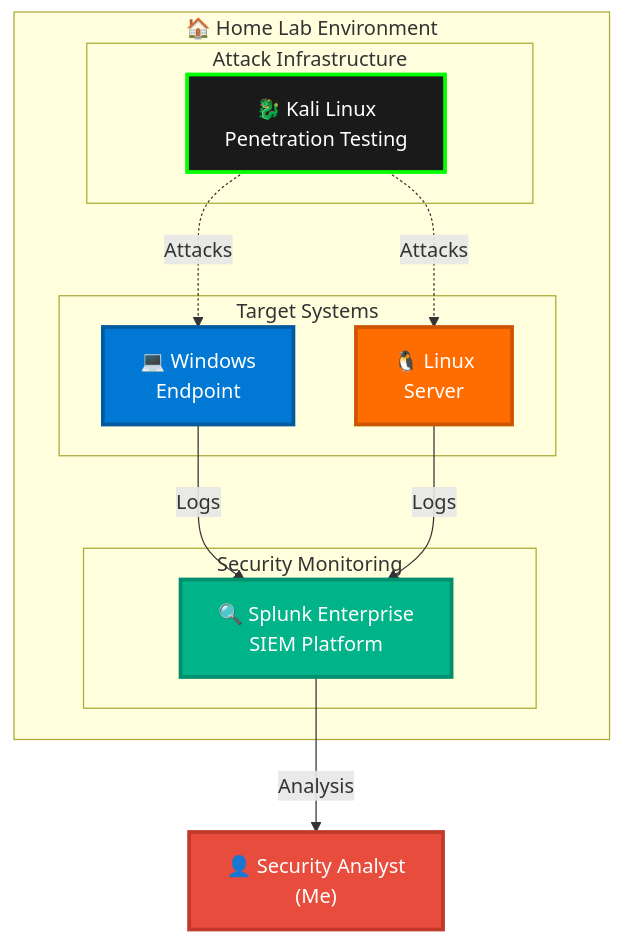
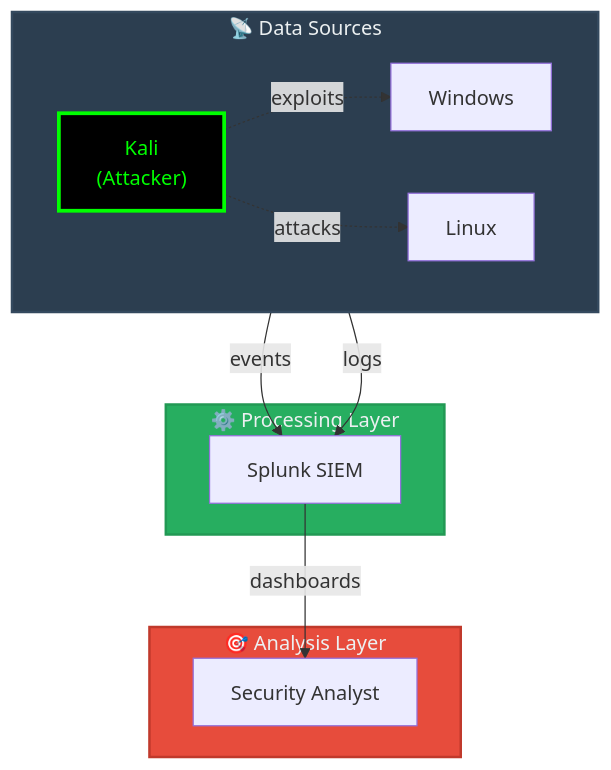
The diagram in README.md (0xMart/Homelab-SOC), drawn with Mermaid before and after one commit.

````diff
--- a/README.md
+++ b/README.md
@@ -5,29 +5,30 @@
 ```mermaid
-graph TB
-    subgraph lab["🏠 Home Lab Environment"]
-        subgraph attack["Attack Infrastructure"]
-            kali["🐉 Kali Linux<br/>Penetration Testing"]
-        end
-        
-        subgraph targets["Target Systems"]
-            win["💻 Windows<br/>Endpoint"]
-            linux["🐧 Linux<br/>Server"]
-        end
-        
-        subgraph monitoring["Security Monitoring"]
-            splunk["🔍 Splunk Enterprise<br/>SIEM Platform"]
-        end
+flowchart TB
+    subgraph layer3["🎯 Analysis Layer"]
+        me["Security Analyst"]
     end
     
-    kali -.->|Attacks| win
-    kali -.->|Attacks| linux
-    win -->|Logs| splunk
-    linux -->|Logs| splunk
-    splunk -->|Analysis| analyst["👤 Security Analyst<br/>(Me)"]
+    subgraph layer2["⚙️ Processing Layer"]
+        splunk["Splunk SIEM"]
+    end
     
-    style kali fill:#1a1a1a,stroke:#00ff00,stroke-width:3px,color:#fff
-    style win fill:#0078d4,stroke:#005a9e,stroke-width:3px,color:#fff
-    style linux fill:#ff6c00,stroke:#cc5500,stroke-width:3px,color:#fff
-    style splunk fill:#00b388,stroke:#008f6c,stroke-width:3px,color:#fff
-    style analyst fill:#e74c3c,stroke:#c0392b,stroke-width:3px,color:#fff
+    subgraph layer1["📡 Data Sources"]
+        direction LR
+        kali["Kali<br/>(Attacker)"]
+        windows["Windows"]
+        linux["Linux"]
+    end
+    
+    kali -.->|exploits| windows
+    kali -.->|attacks| linux
+    
+    windows -->|events| splunk
+    linux -->|logs| splunk
+    
+    splunk -->|dashboards| me
+    
+    style layer1 fill:#2c3e50,stroke:#34495e,stroke-width:2px,color:#ecf0f1
+    style layer2 fill:#27ae60,stroke:#229954,stroke-width:2px,color:#ecf0f1
+    style layer3 fill:#e74c3c,stroke:#c0392b,stroke-width:2px,color:#ecf0f1
+    style kali fill:#000,stroke:#00ff00,stroke-width:3px,color:#0f0
 ```
````
